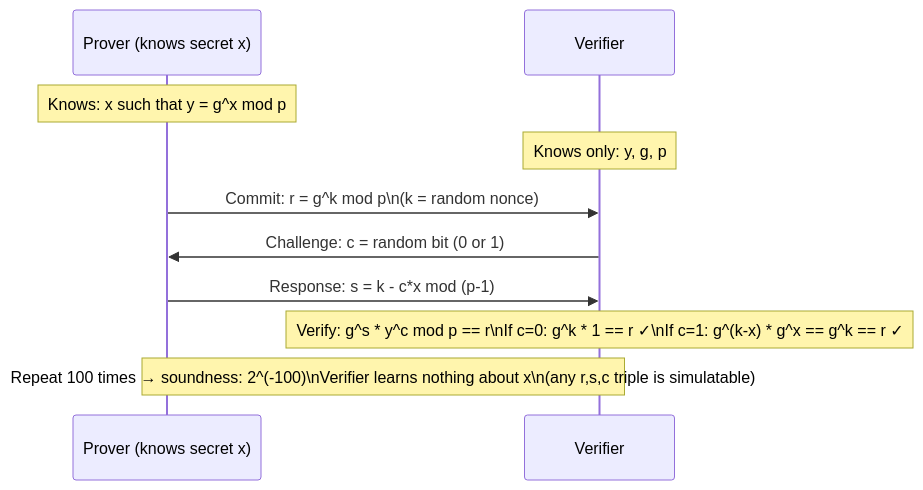
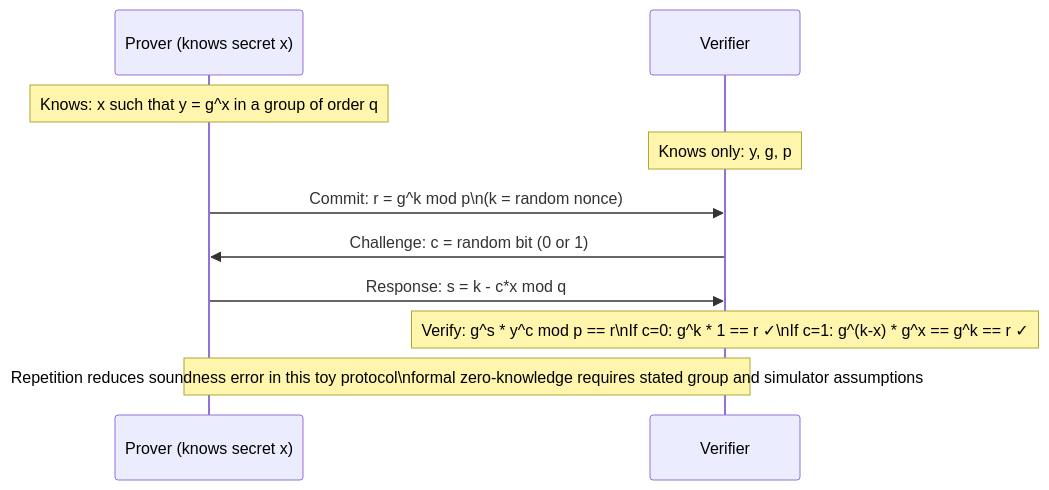
One commit to choisimo/document changed diagram 15 of 20 in content/docs/books/cs-reference/ko/security-internals.md. Above: the diagram before and after it, drawn with Mermaid. The commit also changed other lines of this file and 504 other files, not shown here.

````diff
--- a/content/docs/books/cs-reference/ko/security-internals.md
+++ b/content/docs/books/cs-reference/ko/security-internals.md
@@ -407,16 +417,16 @@
 ```mermaid
 sequenceDiagram
     participant P as Prover (knows secret x)
     participant V as Verifier
 
-    Note over P: Knows: x such that y = g^x mod p
+    Note over P: Knows: x such that y = g^x in a group of order q
     Note over V: Knows only: y, g, p
 
     P->>V: Commit: r = g^k mod p\n(k = random nonce)
     V->>P: Challenge: c = random bit (0 or 1)
-    P->>V: Response: s = k - c*x mod (p-1)
+    P->>V: Response: s = k - c*x mod q
 
     Note over V: Verify: g^s * y^c mod p == r\nIf c=0: g^k * 1 == r ✓\nIf c=1: g^(k-x) * g^x == g^k == r ✓
 
-    Note over P,V: Repeat 100 times → soundness: 2^(-100)\nVerifier learns nothing about x\n(any r,s,c triple is simulatable)
+    Note over P,V: Repetition reduces soundness error in this toy protocol\nformal zero-knowledge requires stated group and simulator assumptions
 ```
````
